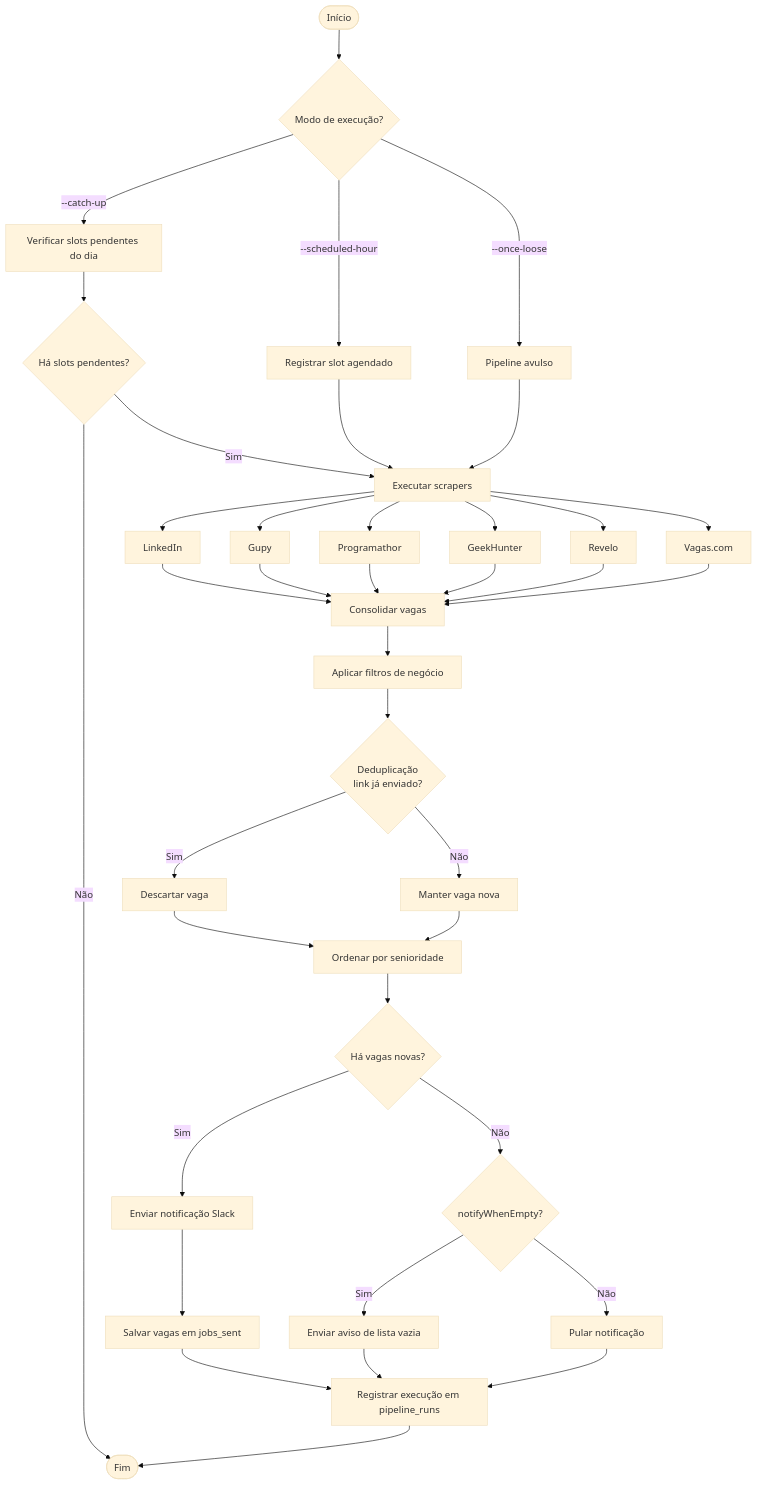
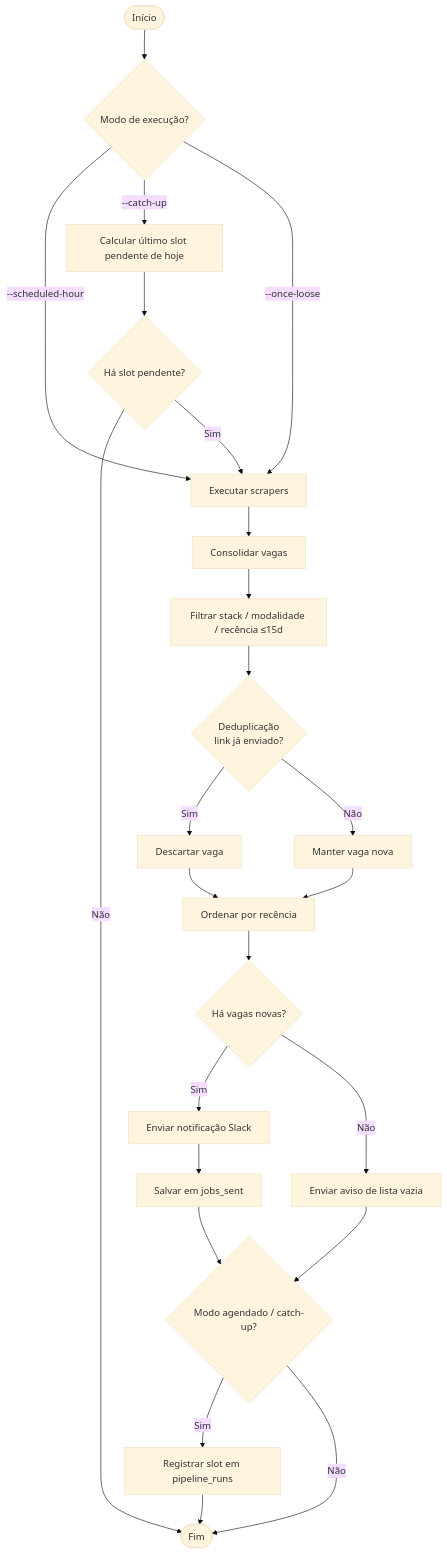
Before and after one commit to jonatasbueno/web-crawler-para-buscar-vagas-de-dev: the first of 2 diagrams in README.md, drawn with Mermaid (base theme). The commit also changed other lines of this file and 83 other files, not shown here.

````diff
--- a/README.md
+++ b/README.md
@@ -68,44 +74,30 @@
 ```mermaid
 flowchart TD
     A([Início]) --> B{Modo de execução?}
 
-    B -->|--scheduled-hour| C[Registrar slot agendado]
-    B -->|--catch-up| D[Verificar slots pendentes do dia]
-    B -->|--once-loose| E[Pipeline avulso]
+    B -->|--scheduled-hour| F
+    B -->|--catch-up| D[Calcular último slot pendente de hoje]
+    B -->|--once-loose| F
 
-    D --> D1{Há slots pendentes?}
+    D --> D1{Há slot pendente?}
     D1 -->|Não| Z([Fim])
-    D1 -->|Sim| F
+    D1 -->|Sim| F[Executar scrapers]
 
-    C --> F[Executar scrapers]
-    E --> F
-
-    F --> G[LinkedIn]
-    F --> H[Gupy]
-    F --> I[Programathor]
-    F --> J[GeekHunter]
-    F --> K[Revelo]
-    F --> L[Vagas.com]
-
-    G & H & I & J & K & L --> M[Consolidar vagas]
-
-    M --> N[Aplicar filtros de negócio]
+    F --> M[Consolidar vagas]
+    M --> N[Filtrar stack / modalidade / recência ≤15d]
     N --> O{Deduplicação<br/>link já enviado?}
     O -->|Sim| P[Descartar vaga]
     O -->|Não| Q[Manter vaga nova]
     P --> R
-    Q --> R[Ordenar por senioridade]
+    Q --> R[Ordenar por recência]
 
     R --> S{Há vagas novas?}
-    S -->|Sim| T[Enviar notificação Slack]
-    S -->|Não| U{notifyWhenEmpty?}
-    U -->|Sim| V[Enviar aviso de lista vazia]
-    U -->|Não| W[Pular notificação]
+    S -->|Sim| T[Enviar notificação Slack] --> X[Salvar em jobs_sent]
+    S -->|Não| V[Enviar aviso de lista vazia]
 
-    T --> X[Salvar vagas em jobs_sent]
-    X --> Y[Registrar execução em pipeline_runs]
-    V --> Y
-    W --> Y
-
+    X --> W{Modo agendado / catch-up?}
+    V --> W
+    W -->|Sim| Y[Registrar slot em pipeline_runs]
+    W -->|Não| Z
     Y --> Z
 ```
````
